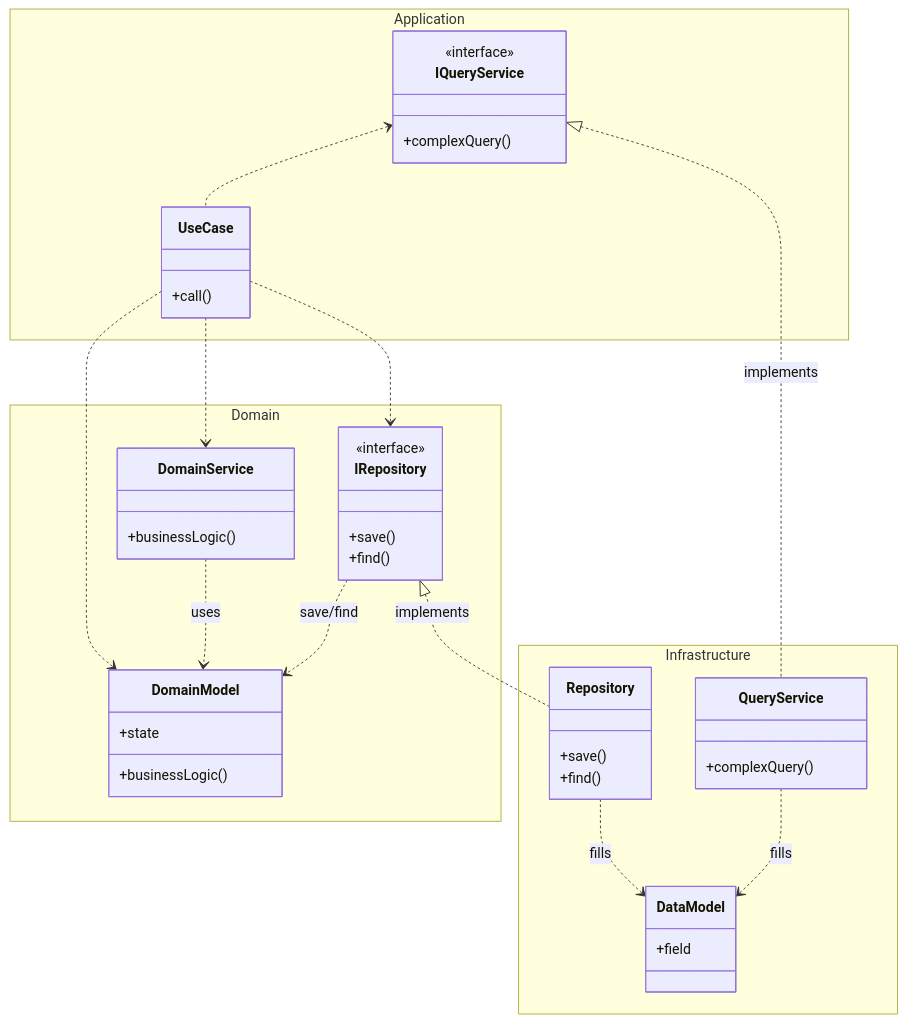
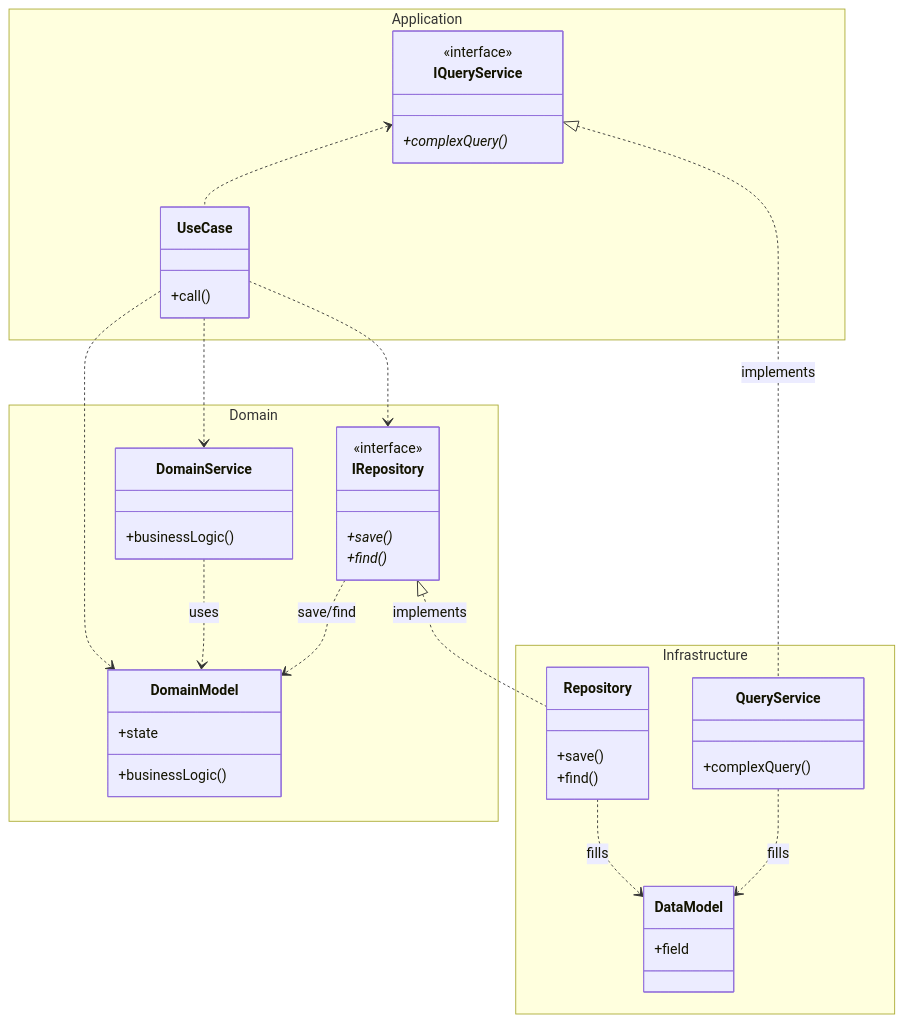
The diagram in src/backend/architecture.md (subarunrun0812/EfficientScheduler), drawn with Mermaid before and after one commit.

Commit message:
update architecture docs

````diff
--- a/src/backend/architecture.md
+++ b/src/backend/architecture.md
@@ -19,49 +19,49 @@
 ```mermaid
 classDiagram
     namespace Application {
         class UseCase {
             +call()
         }
         class IQueryService {
             <<interface>>
-            +complexQuery()
+            +complexQuery()*
         }
     }
     namespace Domain {
         class DomainModel {
             +state
             +businessLogic()
         }
         class DomainService {
             +businessLogic()
         }
         class IRepository {
             <<interface>>
-            +save()
-            +find()
+            +save()*
+            +find()*
         }
     }
     namespace Infrastructure {
         class DataModel {
             +field
         }
         class Repository {
             +save()
             +find()
         }
         class QueryService {
             +complexQuery()
         }
     }
 
     UseCase ..> DomainModel
     UseCase ..> DomainService
     UseCase ..> IRepository
     IQueryService <.. UseCase
     IQueryService <|.. QueryService : implements
     IRepository <|.. Repository : implements
     Repository ..> DataModel : fills
     QueryService ..> DataModel : fills
     DomainService ..> DomainModel : uses
     IRepository ..> DomainModel : save/find
 ```
````
